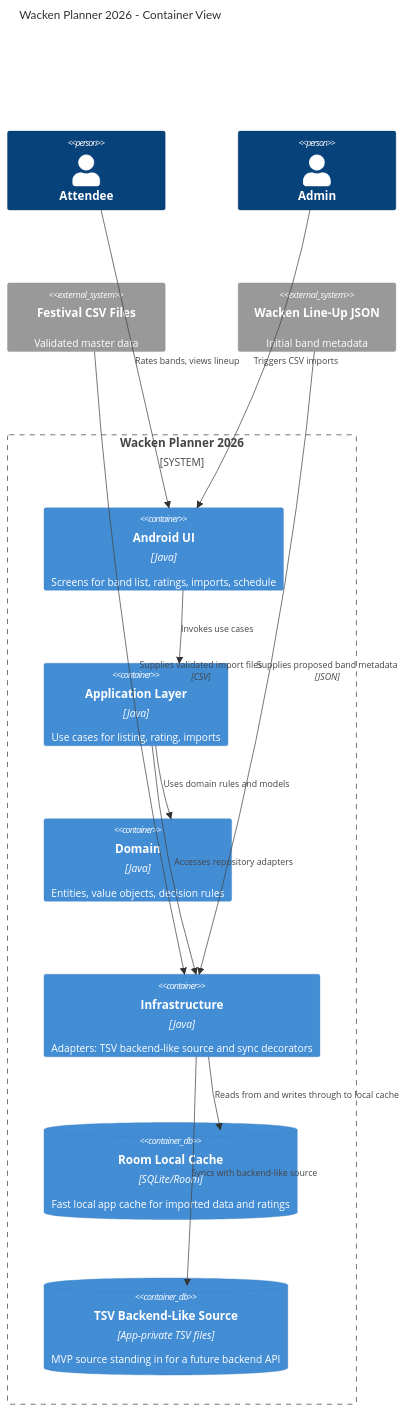
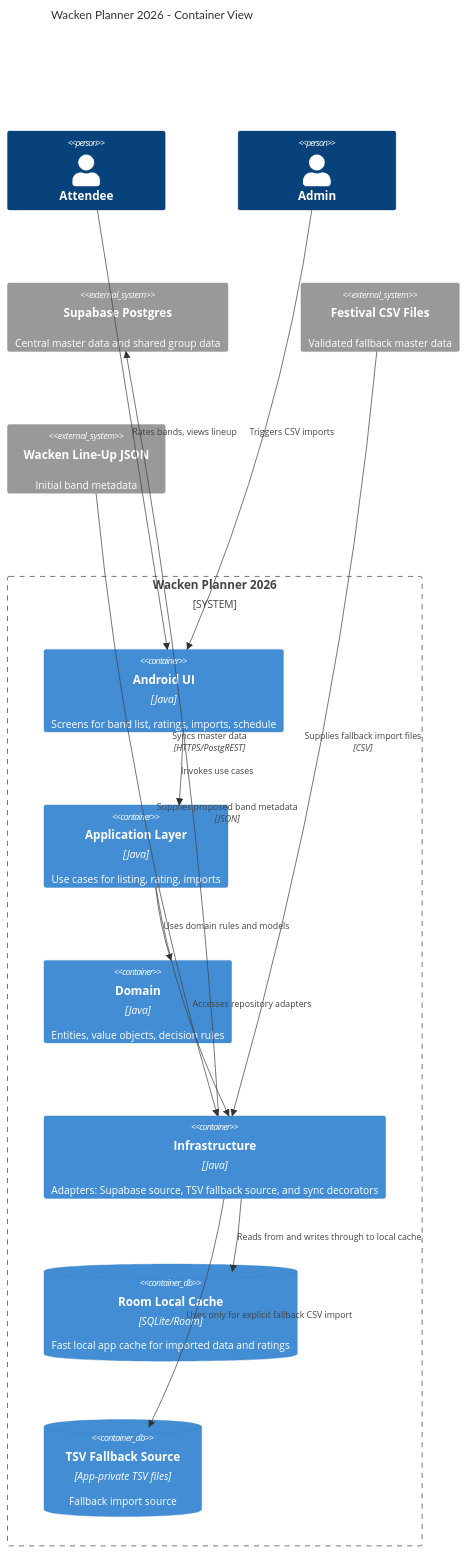
Before and after one commit to DinoDeWaen/wacken: the third of 3 diagrams in README.md, drawn with Mermaid. The commit also changed other lines of this file and 14 other files, not shown here.

Commit message:
Add Supabase master data sync

````diff
--- a/README.md
+++ b/README.md
@@ -88,27 +91,29 @@
 ```mermaid
 C4Container
     title Wacken Planner 2026 - Container View
     Person(attendee, "Attendee")
     Person(admin, "Admin")
-    System_Ext(csvSource, "Festival CSV Files", "Validated master data")
+    System_Ext(supabase, "Supabase Postgres", "Central master data and shared group data")
+    System_Ext(csvSource, "Festival CSV Files", "Validated fallback master data")
     System_Ext(wackenSite, "Wacken Line-Up JSON", "Initial band metadata")
 
     System_Boundary(app, "Wacken Planner 2026") {
         Container(ui, "Android UI", "Java", "Screens for band list, ratings, imports, schedule")
         Container(appsvc, "Application Layer", "Java", "Use cases for listing, rating, imports")
         Container(domain, "Domain", "Java", "Entities, value objects, decision rules")
-        Container(infra, "Infrastructure", "Java", "Adapters: TSV backend-like source and sync decorators")
+        Container(infra, "Infrastructure", "Java", "Adapters: Supabase source, TSV fallback source, and sync decorators")
         ContainerDb(cache, "Room Local Cache", "SQLite/Room", "Fast local app cache for imported data and ratings")
-        ContainerDb(tsv, "TSV Backend-Like Source", "App-private TSV files", "MVP source standing in for a future backend API")
+        ContainerDb(tsv, "TSV Fallback Source", "App-private TSV files", "Fallback import source")
     }
 
     Rel(attendee, ui, "Rates bands, views lineup")
     Rel(admin, ui, "Triggers CSV imports")
     Rel(ui, appsvc, "Invokes use cases")
     Rel(appsvc, domain, "Uses domain rules and models")
     Rel(appsvc, infra, "Accesses repository adapters")
     Rel(infra, cache, "Reads from and writes through to local cache")
-    Rel(infra, tsv, "Syncs with backend-like source")
-    Rel(csvSource, infra, "Supplies validated import files", "CSV")
+    Rel(infra, supabase, "Syncs master data", "HTTPS/PostgREST")
+    Rel(infra, tsv, "Uses only for explicit fallback CSV import")
+    Rel(csvSource, infra, "Supplies fallback import files", "CSV")
     Rel(wackenSite, infra, "Supplies proposed band metadata", "JSON")
 ```
````
